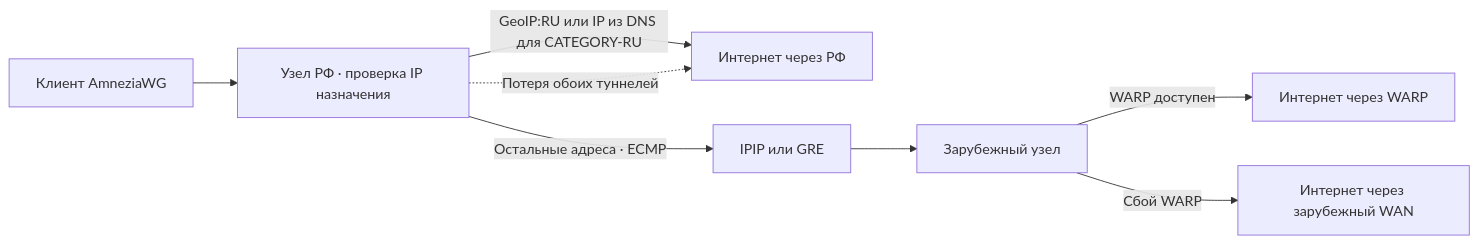
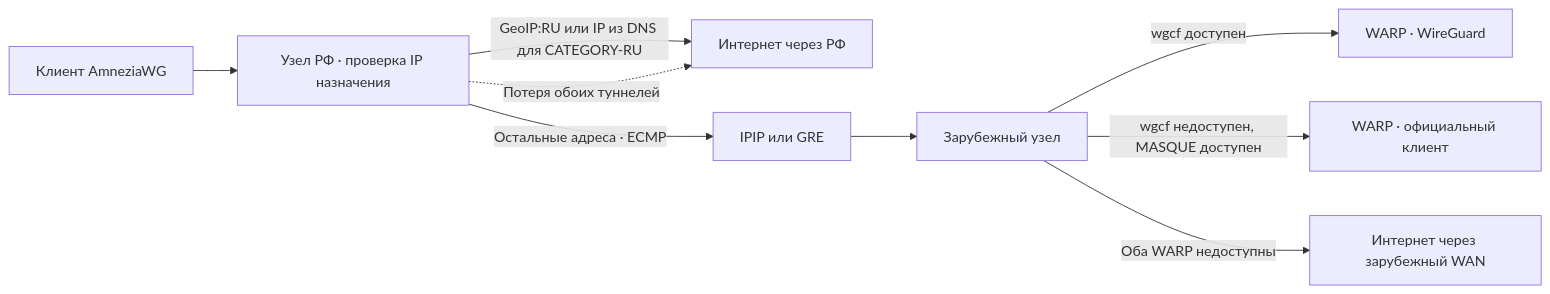
The diagram in README.md (MeJIuFaRo/awg-ru-jump), drawn with Mermaid before and after one commit. The commit also changed other lines of this file and 13 other files, not shown here.

Commit message:
Добавить официальный WARP MASQUE и автоматический резерв зарубежного выхода

````diff
--- a/README.md
+++ b/README.md
@@ -37,10 +37,11 @@
 ```mermaid
 flowchart LR
     client["Клиент AmneziaWG"] --> ingress["Узел РФ · проверка IP назначения"]
     ingress -->|"GeoIP:RU или IP из DNS для CATEGORY-RU"| ru_wan["Интернет через РФ"]
     ingress -->|"Остальные адреса · ECMP"| overlay["IPIP или GRE"]
     overlay --> exit_node["Зарубежный узел"]
-    exit_node -->|"WARP доступен"| warp["Интернет через WARP"]
-    exit_node -->|"Сбой WARP"| wan["Интернет через зарубежный WAN"]
+    exit_node -->|"wgcf доступен"| warp["WARP · WireGuard"]
+    exit_node -->|"wgcf недоступен, MASQUE доступен"| masque["WARP · официальный клиент"]
+    exit_node -->|"Оба WARP недоступны"| wan["Интернет через зарубежный WAN"]
     ingress -.->|"Потеря обоих туннелей"| ru_wan
 ```
````
